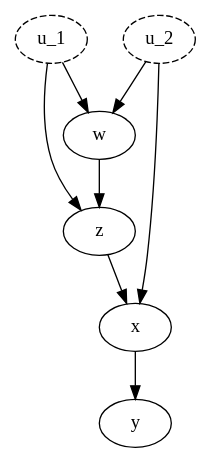
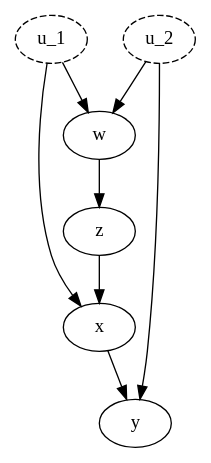
Before and after one commit to rrtucci/napkin-do-calc: the diagram in dot_atlas/napkin.dot, drawn with Graphviz. The commit also changed 2 other files, not shown here.

```diff
--- a/dot_atlas/napkin.dot
+++ b/dot_atlas/napkin.dot
@@ -1,10 +1,10 @@
 digraph G {
 
- u_1->w,z;
- u_2->w,x;
+ u_1->w,x;
+ u_2->w,y;
  w->z;
  z->x;
  x->y;
  u_1 [style=dashed]
  u_2 [style=dashed]
 }
```
